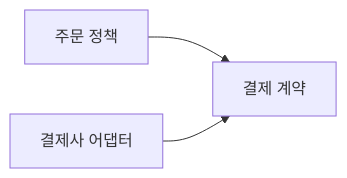
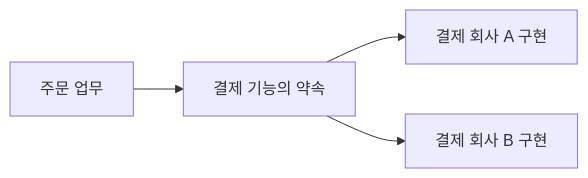
The diagram in content/topics/solid.md (moocongpapa/it-study), drawn with Mermaid before and after one commit. The commit also changed other lines of this file and 71 other files, not shown here.

````diff
--- a/content/topics/solid.md
+++ b/content/topics/solid.md
@@ -6,5 +20,6 @@
 ```mermaid
 flowchart LR
-  P["주문 정책"] --> I["결제 계약"]
-  A["결제사 어댑터"] --> I
+ A["주문 업무"] --> B["결제 기능의 약속"]
+ B --> C["결제 회사 A 구현"]
+ B --> D["결제 회사 B 구현"]
 ```
````
